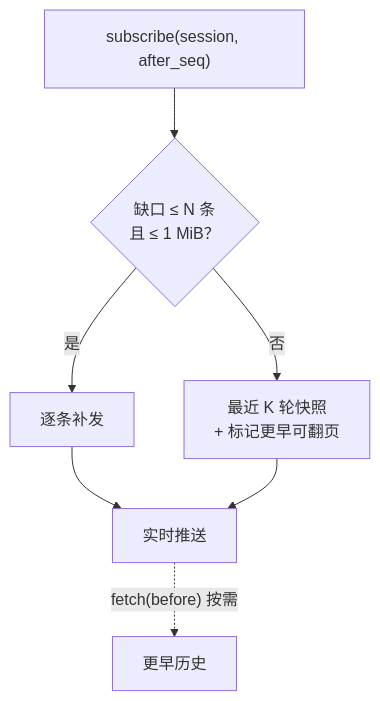
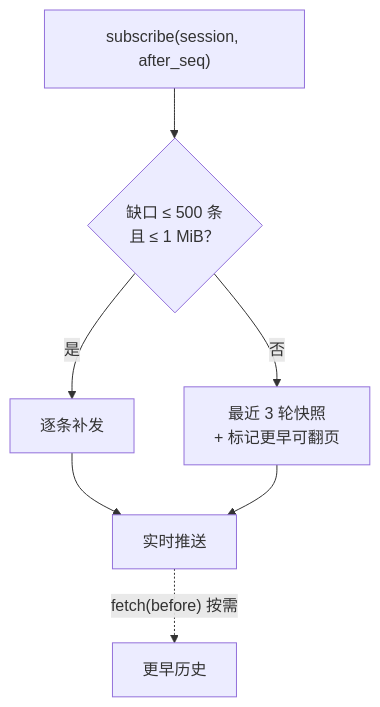
Before and after one commit to yangflow/hoplet: the first of 3 diagrams in docs/design/0005-sync-protocol.md, drawn with Mermaid. The commit also changed other lines of this file and 26 other files, not shown here.

Commit message:
docs(design): align designs and roadmap with implementation

````diff
--- a/docs/design/0005-sync-protocol.md
+++ b/docs/design/0005-sync-protocol.md
@@ -25,7 +34,7 @@
 ```mermaid
 flowchart TB
-    R["subscribe(session, after_seq)"] --> G{"缺口 ≤ N 条<br/>且 ≤ 1 MiB？"}
+    R["subscribe(session, after_seq)"] --> G{"缺口 ≤ 500 条<br/>且 ≤ 1 MiB？"}
     G -- 是 --> Rep["逐条补发"] --> Live["实时推送"]
-    G -- 否 --> Snap["最近 K 轮快照<br/>+ 标记更早可翻页"] --> Live
+    G -- 否 --> Snap["最近 3 轮快照<br/>+ 标记更早可翻页"] --> Live
     Live -. "fetch(before) 按需" .-> Old["更早历史"]
 ```
````
